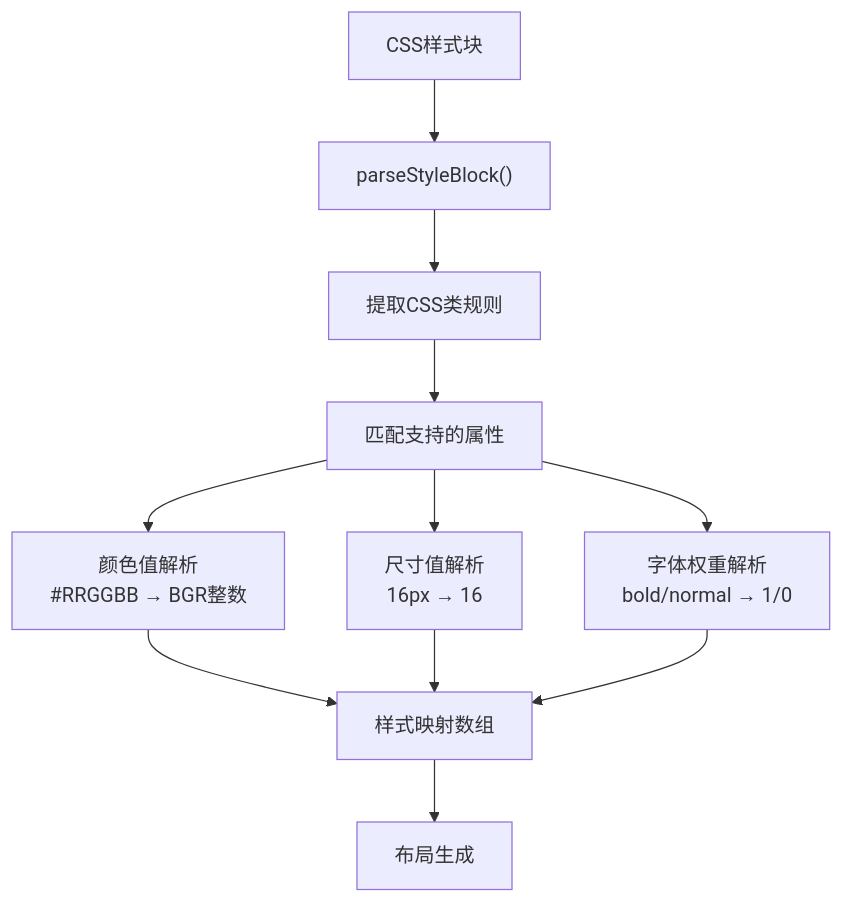
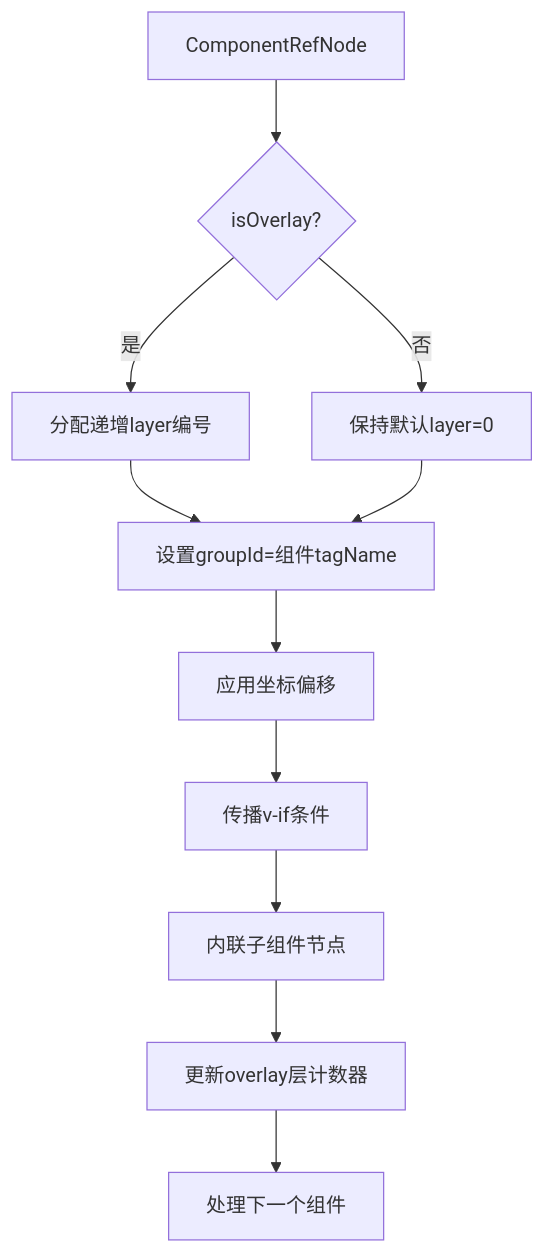
One commit to xingye00186/PHP-Data-UI-Framework-powered-by-swooleAOT changed the fifth of 7 diagrams in .qoder/repowiki/zh/content/SFC编译器系统/AST节点定义.md. Above: the diagram before and after it, drawn with Mermaid. The commit also changed other lines of this file and 37 other files, not shown here.

````diff
--- a/.qoder/repowiki/zh/content/SFC编译器系统/AST节点定义.md
+++ b/.qoder/repowiki/zh/content/SFC编译器系统/AST节点定义.md
@@ -327,13 +384,13 @@
 ```mermaid
 flowchart TD
-CSS_INPUT["CSS样式块"] --> PARSER["parseStyleBlock()"]
-PARSER --> CLASS_EXTRACT["提取CSS类规则"]
-CLASS_EXTRACT --> PROP_MATCH["匹配支持的属性"]
-PROP_MATCH --> COLOR_PARSE["颜色值解析<br/>#RRGGBB → BGR整数"]
-PROP_MATCH --> SIZE_PARSE["尺寸值解析<br/>16px → 16"]
-PROP_MATCH --> WEIGHT_PARSE["字体权重解析<br/>bold/normal → 1/0"]
-COLOR_PARSE --> OUTPUT["样式映射数组"]
-SIZE_PARSE --> OUTPUT
-WEIGHT_PARSE --> OUTPUT
-OUTPUT --> LAYOUT["布局生成"]
+COMPONENT_REF["ComponentRefNode"] --> CHECK_OVERLAY{"isOverlay?"}
+CHECK_OVERLAY --> |是| ASSIGN_LAYER["分配递增layer编号"]
+CHECK_OVERLAY --> |否| KEEP_DEFAULT["保持默认layer=0"]
+ASSIGN_LAYER --> ASSIGN_GROUP["设置groupId=组件tagName"]
+KEEP_DEFAULT --> ASSIGN_GROUP
+ASSIGN_GROUP --> APPLY_OFFSET["应用坐标偏移"]
+APPLY_OFFSET --> PROPAGATE_VIF["传播v-if条件"]
+PROPAGATE_VIF --> INLINE_CHILDREN["内联子组件节点"]
+INLINE_CHILDREN --> UPDATE_COUNTER["更新overlay层计数器"]
+UPDATE_COUNTER --> NEXT_COMPONENT["处理下一个组件"]
 ```
````
